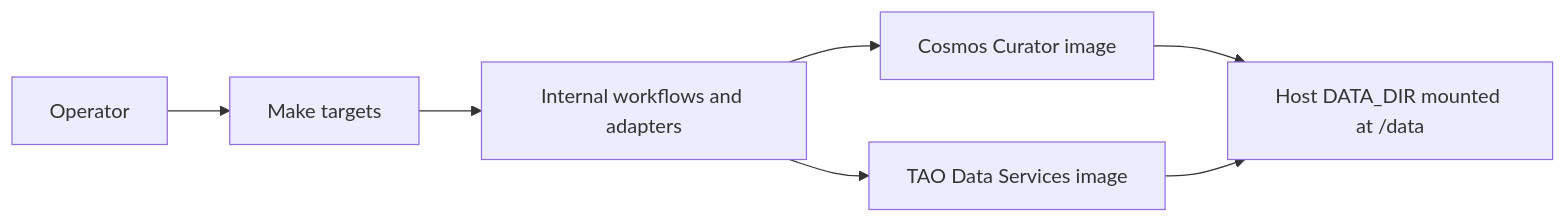
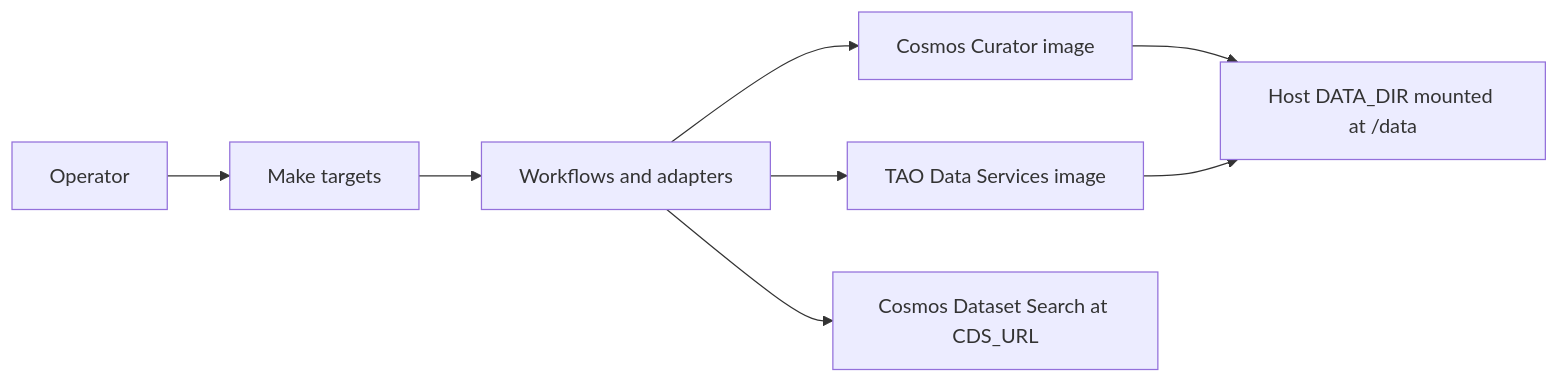
The first of 2 diagrams in docs/developer/architecture.md (NVIDIA/cdf-curation-and-retrieval), drawn with Mermaid before and after one commit. The commit also changed other lines of this file and 121 other files, not shown here.

````diff
--- a/docs/developer/architecture.md
+++ b/docs/developer/architecture.md
@@ -22,16 +26,18 @@
 ```mermaid
 flowchart LR
   ops[Operator]
   make[Make targets]
-  glue[Internal workflows and adapters]
+  workflows[Workflows and adapters]
   curator[Cosmos Curator image]
   tao[TAO Data Services image]
+  cds[Cosmos Dataset Search at CDS_URL]
   data[Host DATA_DIR mounted at /data]
 
   ops --> make
-  make --> glue
-  glue --> curator
-  glue --> tao
+  make --> workflows
+  workflows --> curator
+  workflows --> tao
+  workflows --> cds
   curator --> data
   tao --> data
 ```
````
